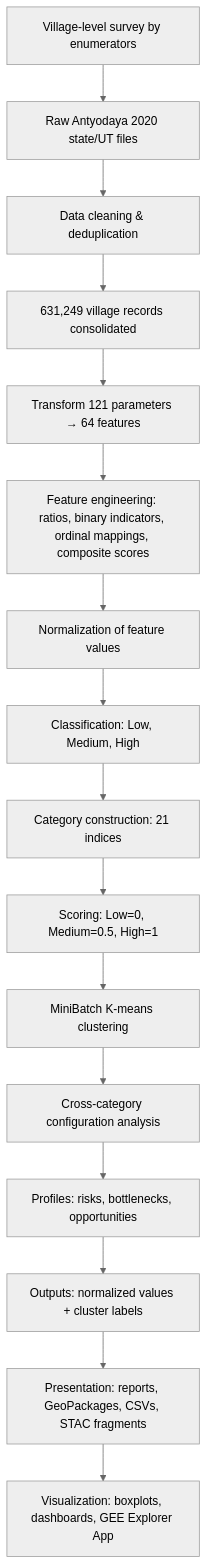
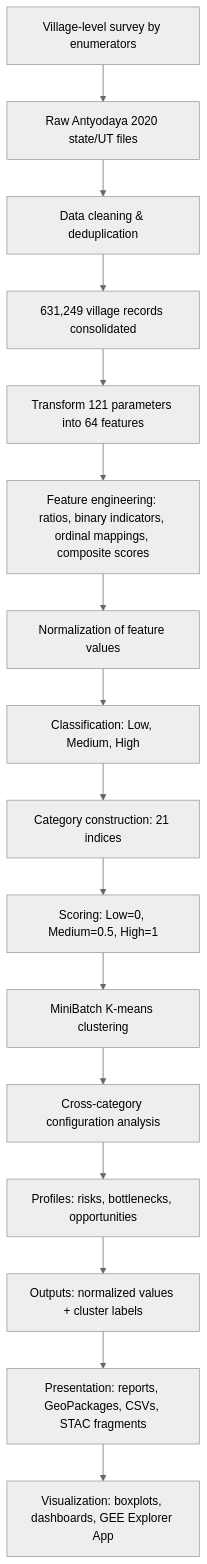
The first of 2 diagrams in computing/misc/antyodaya/README.md (core-stack-org/core-stack-backend), drawn with Mermaid (neutral theme) before and after one commit. The commit also changed other lines of this file and 17 other files, not shown here.

````diff
--- a/computing/misc/antyodaya/README.md
+++ b/computing/misc/antyodaya/README.md
@@ -200,18 +45,18 @@
 ```mermaid
 flowchart TD
     A[Village-level survey by enumerators] --> B[Raw Antyodaya 2020 state/UT files]
     B --> C[Data cleaning & deduplication]
     C --> D[631,249 village records consolidated]
-    D --> E[Transform 121 parameters → 64 features]
+    D --> E[Transform 121 parameters into 64 features]
     E --> F[Feature engineering: ratios, binary indicators, ordinal mappings, composite scores]
     F --> G[Normalization of feature values]
     G --> H[Classification: Low, Medium, High]
     H --> I[Category construction: 21 indices]
     I --> J[Scoring: Low=0, Medium=0.5, High=1]
     J --> K[MiniBatch K-means clustering]
     K --> L[Cross-category configuration analysis]
     L --> M[Profiles: risks, bottlenecks, opportunities]
     M --> N[Outputs: normalized values + cluster labels]
     N --> O[Presentation: reports, GeoPackages, CSVs, STAC fragments]
     O --> P[Visualization: boxplots, dashboards, GEE Explorer App]
 ```
````
